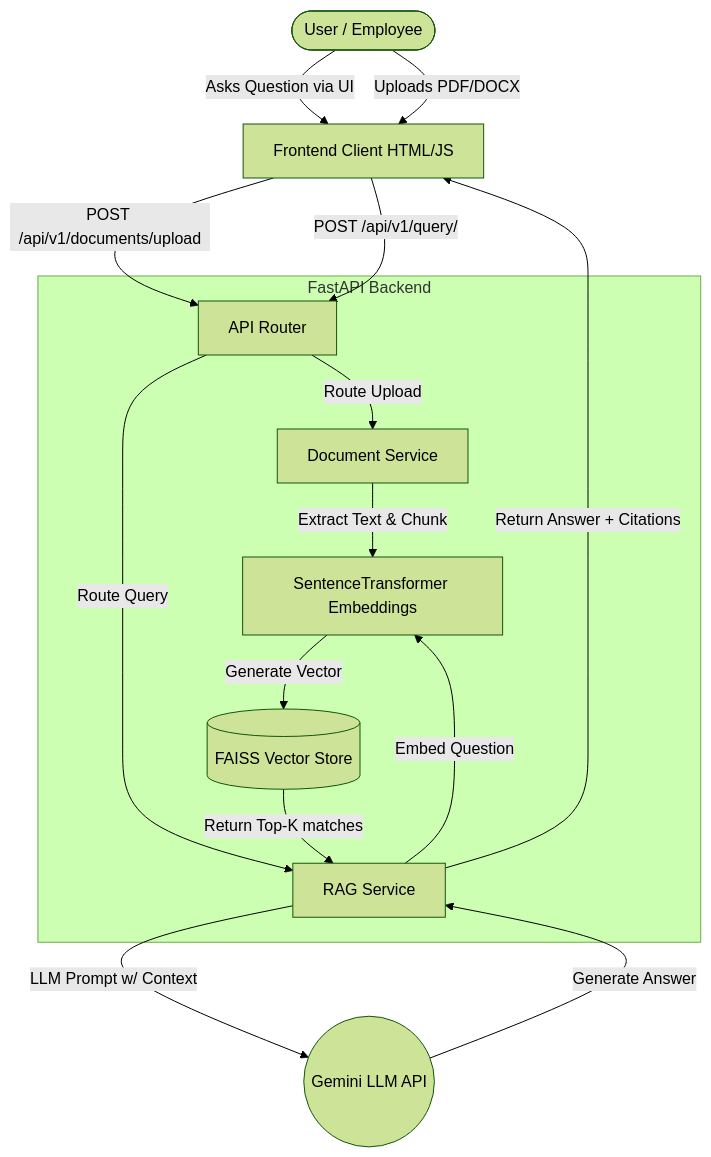
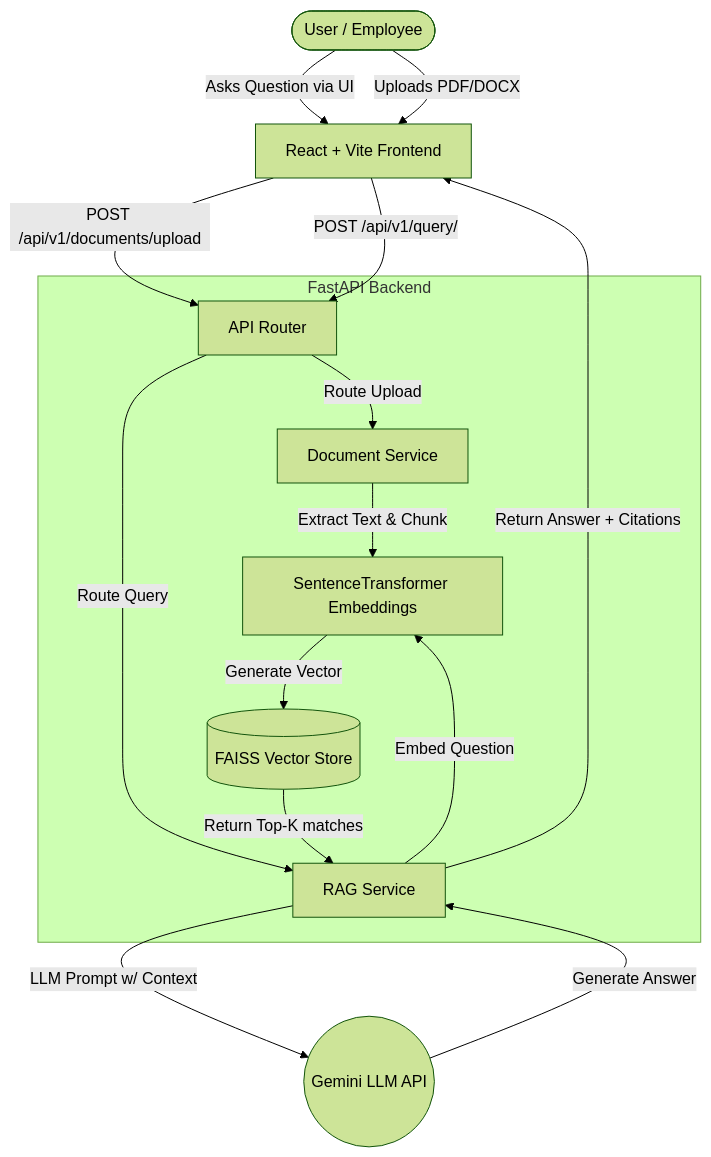
One commit to trxeblxe/Enterprise-Knowledge-Intelligence-Platform-Using-RAG-Semantic-Search changed the first of 2 diagrams in README.md. Above: the diagram before and after it, drawn with Mermaid (forest theme). The commit also changed other lines of this file, not shown here.

Commit message:
docs: update README with React frontend setup, tech stack, and component architecture

````diff
--- a/README.md
+++ b/README.md
@@ -36,29 +42,29 @@
 ```mermaid
 graph TD
-    User([User / Employee]) -->|Asks Question via UI| Frontend[Frontend Client HTML/JS]
+    User([User / Employee]) -->|Asks Question via UI| Frontend[React + Vite Frontend]
     User -->|Uploads PDF/DOCX| Frontend
 
     subgraph Backend [FastAPI Backend]
         API[API Router]
         DocService[Document Service]
         RAGService[RAG Service]
         VectorStore[(FAISS Vector Store)]
         Embedder[SentenceTransformer Embeddings]
     end
 
     Frontend -->|POST /api/v1/documents/upload| API
     Frontend -->|POST /api/v1/query/| API
 
     API -->|Route Upload| DocService
     API -->|Route Query| RAGService
 
     DocService -->|Extract Text & Chunk| Embedder
     Embedder -->|Generate Vector| VectorStore
 
     RAGService -->|Embed Question| Embedder
     VectorStore -->|Return Top-K matches| RAGService
     
     RAGService -->|LLM Prompt w/ Context| Gemini((Gemini LLM API))
     Gemini -->|Generate Answer| RAGService
     RAGService -->|Return Answer + Citations| Frontend
 ```
````
